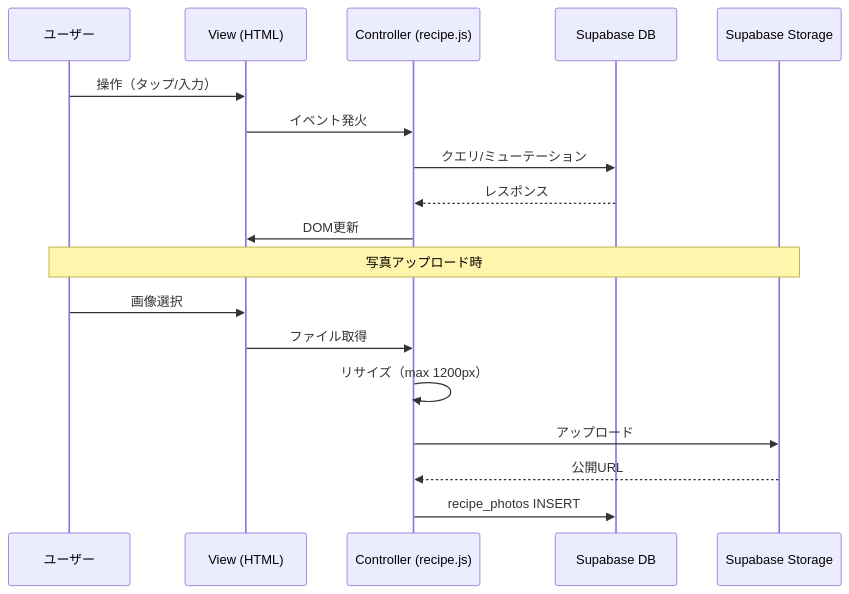
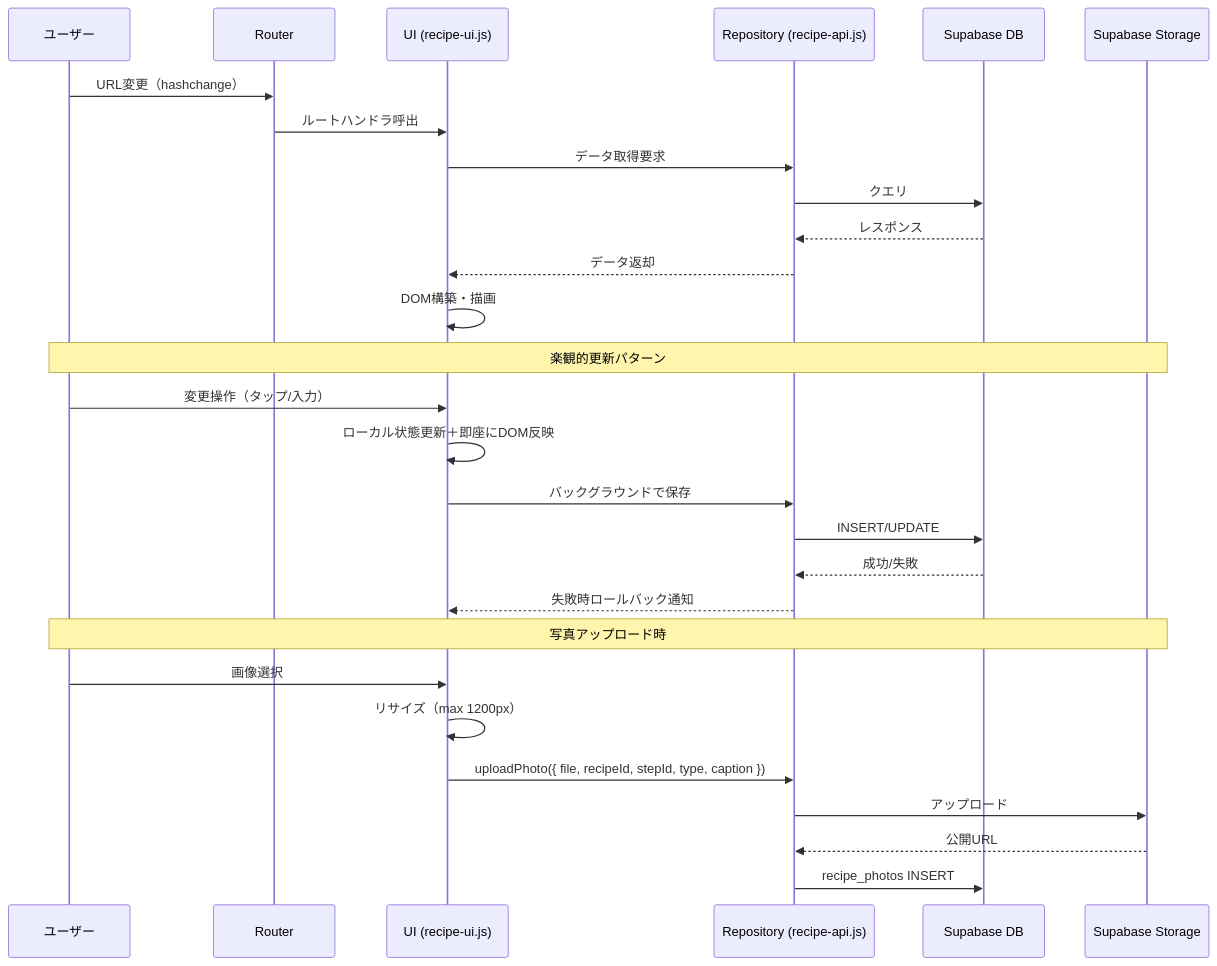
One commit to osho0625/okodukai_history changed the second of 3 diagrams in .kiro/specs/family-recipe/design.md. Above: the diagram before and after it, drawn with Mermaid. The commit also changed other lines of this file and 3 other files, not shown here.

````diff
--- a/.kiro/specs/family-recipe/design.md
+++ b/.kiro/specs/family-recipe/design.md
@@ -47,22 +86,33 @@
 ```mermaid
 sequenceDiagram
     participant U as ユーザー
-    participant V as View (HTML)
-    participant C as Controller (recipe.js)
+    participant R as Router
+    participant V as UI (recipe-ui.js)
+    participant A as Repository (recipe-api.js)
     participant S as Supabase DB
     participant ST as Supabase Storage
 
-    U->>V: 操作（タップ/入力）
-    V->>C: イベント発火
-    C->>S: クエリ/ミューテーション
-    S-->>C: レスポンス
-    C->>V: DOM更新
+    U->>R: URL変更（hashchange）
+    R->>V: ルートハンドラ呼出
+    V->>A: データ取得要求
+    A->>S: クエリ
+    S-->>A: レスポンス
+    A-->>V: データ返却
+    V->>V: DOM構築・描画
+
+    Note over U,ST: 楽観的更新パターン
+    U->>V: 変更操作（タップ/入力）
+    V->>V: ローカル状態更新＋即座にDOM反映
+    V->>A: バックグラウンドで保存
+    A->>S: INSERT/UPDATE
+    S-->>A: 成功/失敗
+    A-->>V: 失敗時ロールバック通知
 
     Note over U,ST: 写真アップロード時
     U->>V: 画像選択
-    V->>C: ファイル取得
-    C->>C: リサイズ（max 1200px）
-    C->>ST: アップロード
-    ST-->>C: 公開URL
-    C->>S: recipe_photos INSERT
+    V->>V: リサイズ（max 1200px）
+    V->>A: uploadPhoto({ file, recipeId, stepId, type, caption })
+    A->>ST: アップロード
+    ST-->>A: 公開URL
+    A->>S: recipe_photos INSERT
 ```
````
